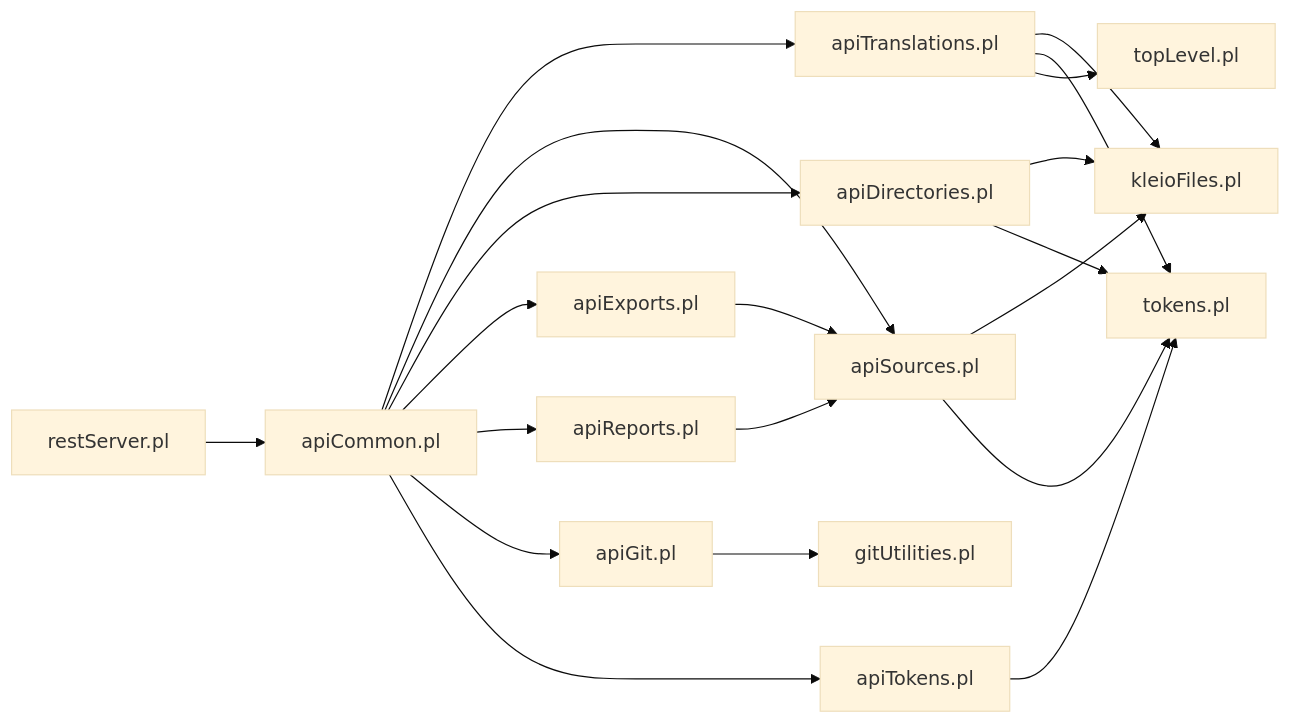
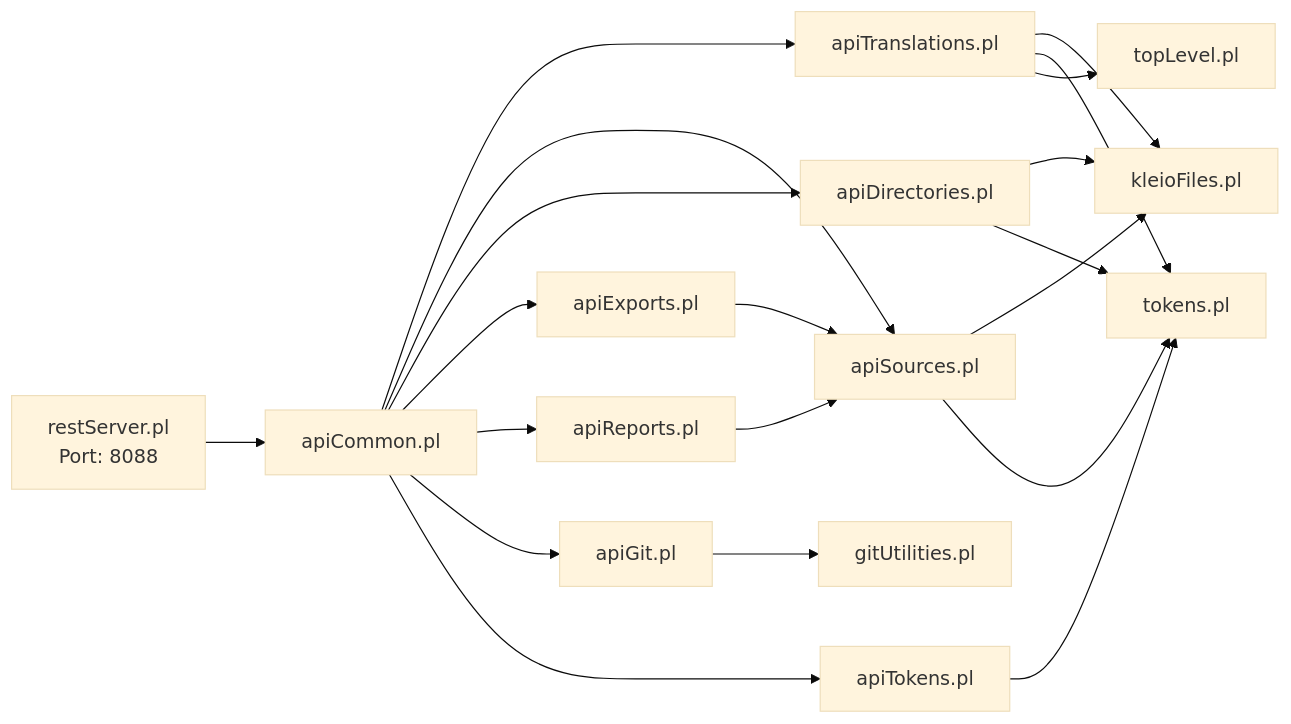
The eighth of 10 diagrams in .qoder/repowiki/en/content/Project Overview/Core Services/Core Services.md (time-link/timelink-kleio), drawn with Mermaid (base theme) before and after one commit. The commit also changed other lines of this file and 189 other files, not shown here.

````diff
--- a/.qoder/repowiki/en/content/Project Overview/Core Services/Core Services.md
+++ b/.qoder/repowiki/en/content/Project Overview/Core Services/Core Services.md
@@ -464,22 +492,22 @@
 ```mermaid
 graph LR
-RS["restServer.pl"] --> AC["apiCommon.pl"]
+RS["restServer.pl<br/>Port: 8088"] --> AC["apiCommon.pl"]
 AC --> TR["apiTranslations.pl"]
 AC --> SR["apiSources.pl"]
 AC --> DR["apiDirectories.pl"]
 AC --> EX["apiExports.pl"]
 AC --> RP["apiReports.pl"]
 AC --> GT["apiGit.pl"]
 AC --> TK["apiTokens.pl"]
 TR --> KL["kleioFiles.pl"]
 TR --> TF["tokens.pl"]
 TR --> TL["topLevel.pl"]
 SR --> KL
 SR --> TF
 DR --> KL
 DR --> TF
 EX --> SR
 RP --> SR
 GT --> GU["gitUtilities.pl"]
 TK --> TF
 ```
````
